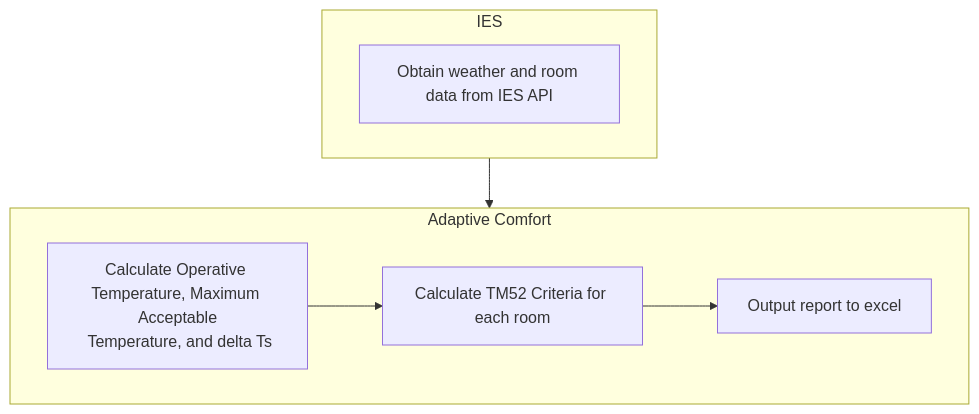
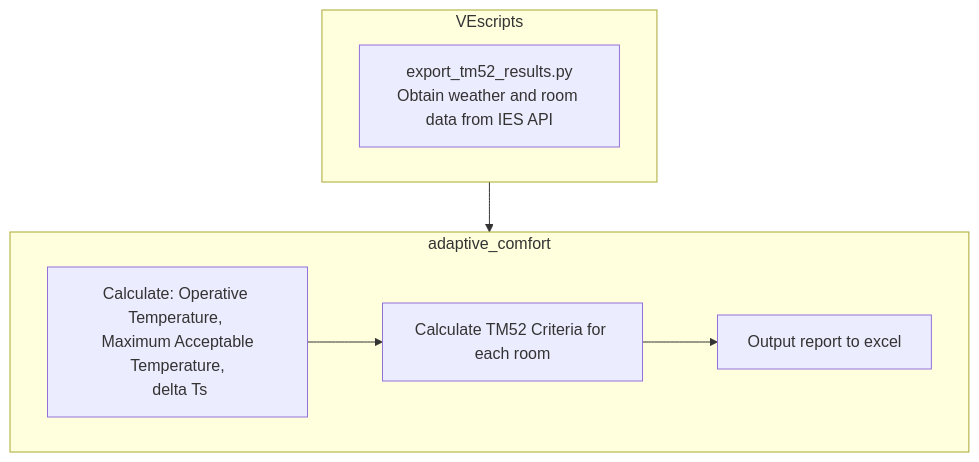
One commit to maxfordham/adaptive-comfort changed the diagram in docs/intro.md. Above: the diagram before and after it, drawn with Mermaid. The commit also changed other lines of this file and 3 other files, not shown here.

````diff
--- a/docs/intro.md
+++ b/docs/intro.md
@@ -9,10 +23,10 @@
-```{mermaid}
+```{mermaid
     flowchart TD
-        subgraph P1 [IES]
-            A[Obtain weather and room data from IES API]
+        subgraph P1 [VEscripts]
+            A[export_tm52_results.py<br>Obtain weather and room data from IES API]
         end
-        subgraph P2 [Adaptive Comfort]
-         B[Calculate Operative Temperature, Maximum Acceptable<br> Temperature, and delta Ts] --> C[Calculate TM52 Criteria for each room] --> D[Output report to excel]
+        subgraph P2 [adaptive_comfort]
+         B[Calculate: Operative Temperature, <br>Maximum Acceptable<br> Temperature, <br> delta Ts] --> C[Calculate TM52 Criteria for each room] --> D[Output report to excel]
         end
     P1 --> P2
 ```
````
